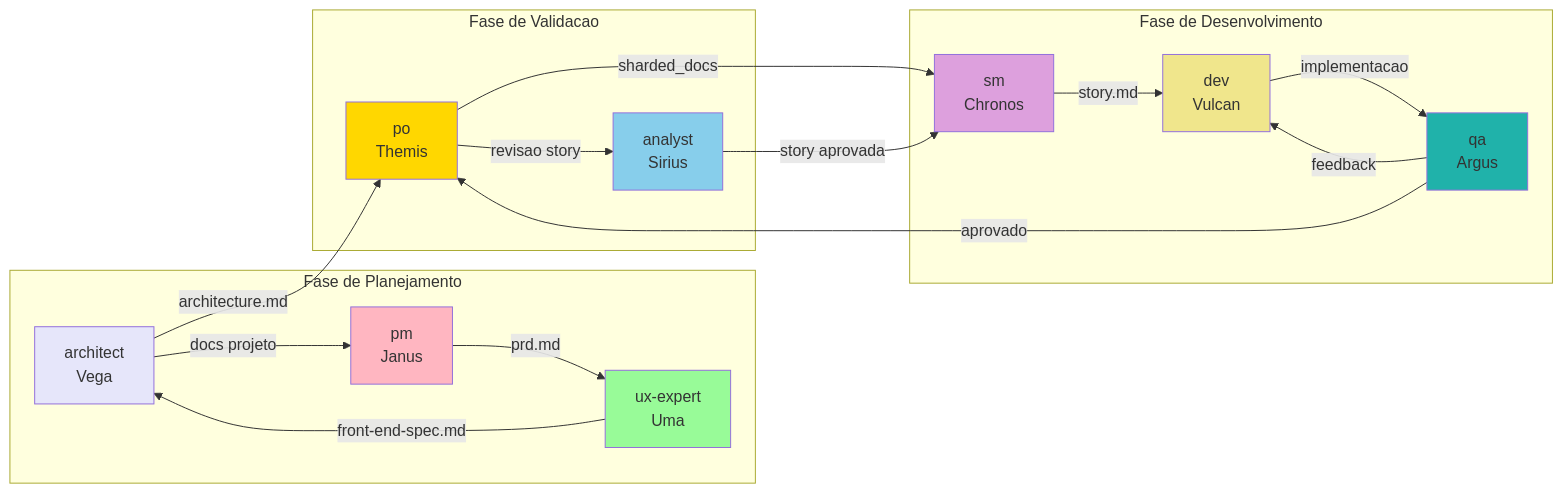
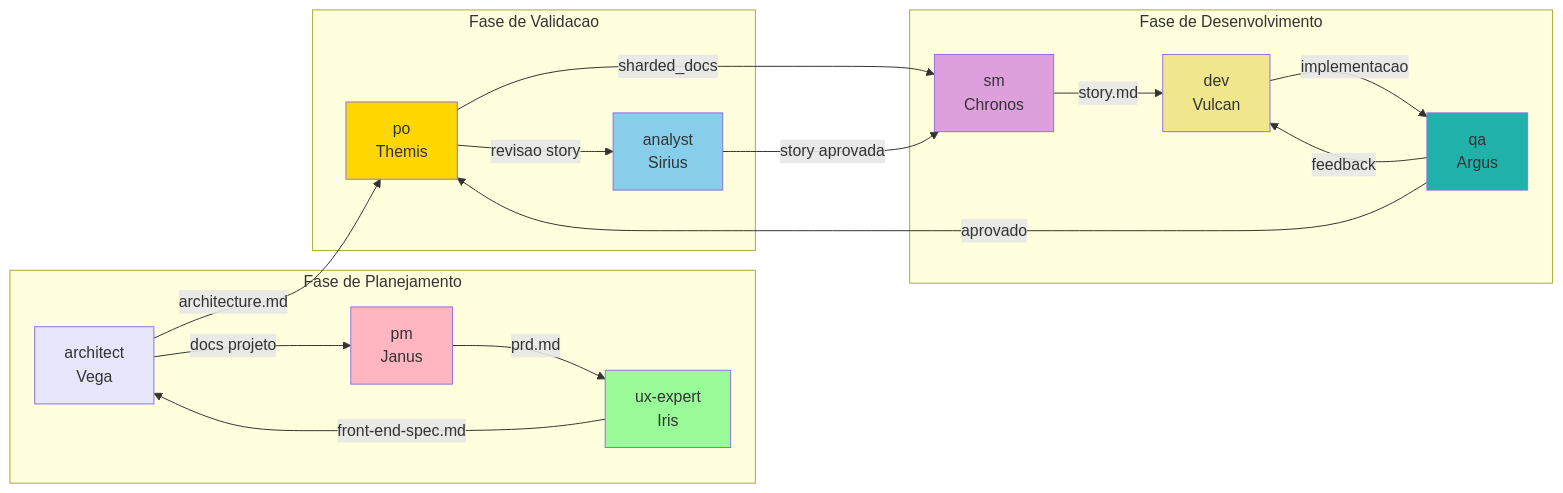
The fourth of 7 diagrams in docs/guides/workflows/BROWNFIELD-UI-WORKFLOW.md (CyryxLabs/AEXOS), drawn with Mermaid before and after one commit. The commit also changed 528 other files, not shown here.

````diff
--- a/docs/guides/workflows/BROWNFIELD-UI-WORKFLOW.md
+++ b/docs/guides/workflows/BROWNFIELD-UI-WORKFLOW.md
@@ -427,42 +427,42 @@
 ```mermaid
 graph LR
     subgraph "Fase de Planejamento"
         ARCH[architect<br/>Vega]
         PM[pm<br/>Janus]
-        UX[ux-expert<br/>Uma]
+        UX[ux-expert<br/>Iris]
     end
 
     subgraph "Fase de Validacao"
         PO[po<br/>Themis]
         ANALYST[analyst<br/>Sirius]
     end
 
     subgraph "Fase de Desenvolvimento"
         SM[sm<br/>Chronos]
         DEV[dev<br/>Vulcan]
         QA[qa<br/>Argus]
     end
 
     ARCH -->|docs projeto| PM
     PM -->|prd.md| UX
     UX -->|front-end-spec.md| ARCH
     ARCH -->|architecture.md| PO
 
     PO -->|sharded_docs| SM
     PO -->|revisao story| ANALYST
     ANALYST -->|story aprovada| SM
 
     SM -->|story.md| DEV
     DEV -->|implementacao| QA
     QA -->|feedback| DEV
     QA -->|aprovado| PO
 
     style ARCH fill:#E6E6FA
     style PM fill:#FFB6C1
     style UX fill:#98FB98
     style PO fill:#FFD700
     style ANALYST fill:#87CEEB
     style SM fill:#DDA0DD
     style DEV fill:#F0E68C
     style QA fill:#20B2AA
 ```
````
